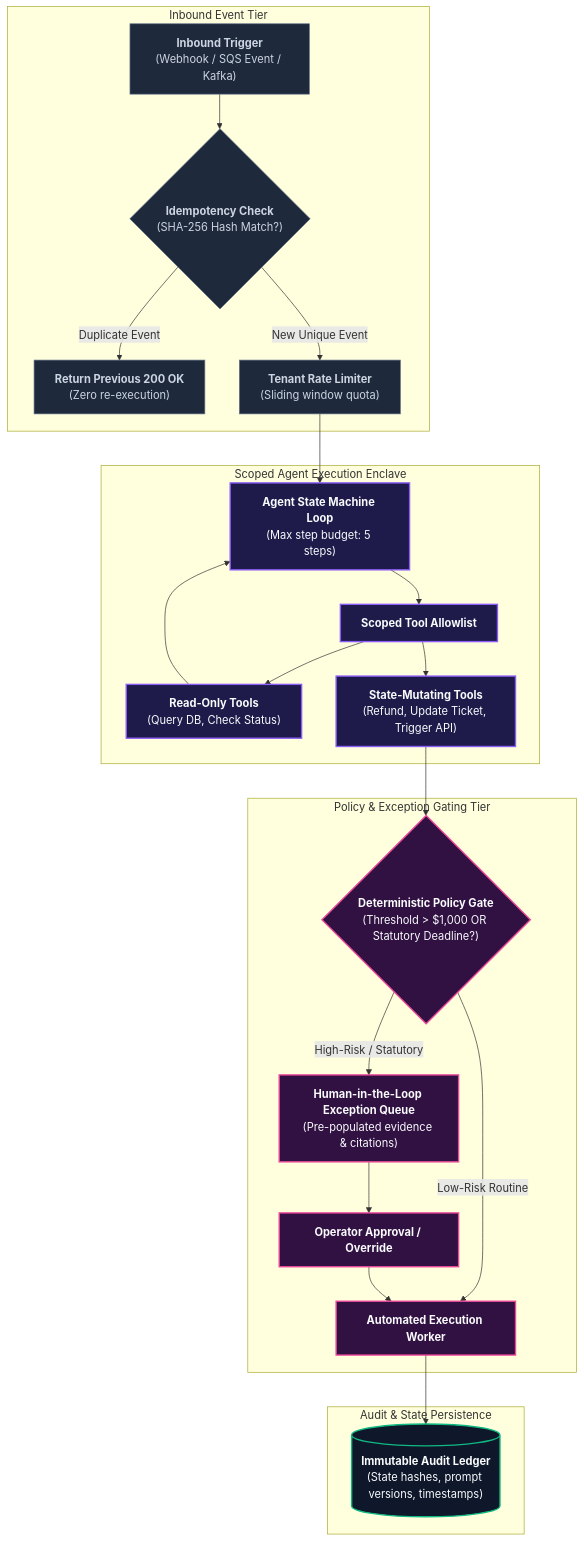
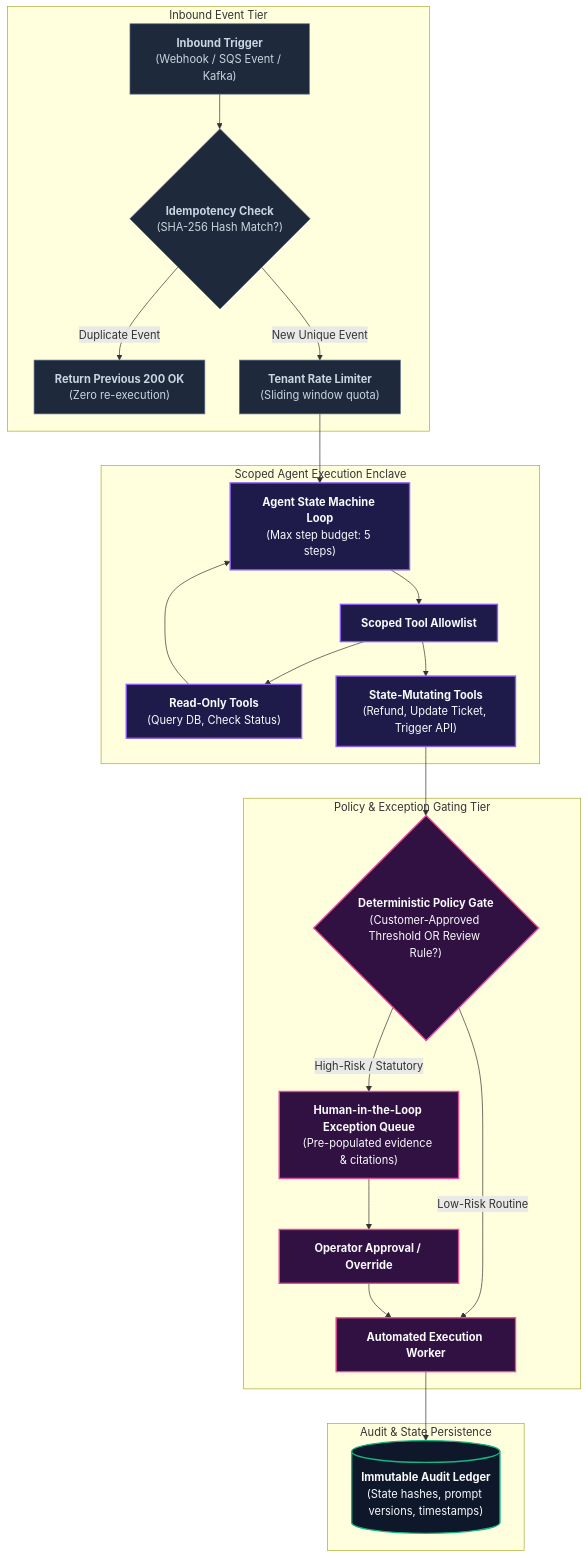
Before and after one commit to AdilShamim8/FDE-Field-Guide: the third of 4 diagrams in system-design/02-reference-architectures.md, drawn with Mermaid. The commit also changed other lines of this file, not shown here.

First line of the commit message:
docs(architecture): distinguish design recommendations from local evidence

````diff
--- a/system-design/02-reference-architectures.md
+++ b/system-design/02-reference-architectures.md
@@ -173,38 +175,38 @@
 ```mermaid
 graph TD
     subgraph Inbound Event Tier
         Trigger["<b>Inbound Trigger</b><br/>(Webhook / SQS Event / Kafka)"] --> IdempCheck{"<b>Idempotency Check</b><br/>(SHA-256 Hash Match?)"}
         IdempCheck -->|Duplicate Event| ReturnCached["<b>Return Previous 200 OK</b><br/>(Zero re-execution)"]
         IdempCheck -->|New Unique Event| RateGate["<b>Tenant Rate Limiter</b><br/>(Sliding window quota)"]
     end
 
     subgraph Scoped Agent Execution Enclave
         RateGate --> AgentLoop["<b>Agent State Machine Loop</b><br/>(Max step budget: 5 steps)"]
         AgentLoop --> ToolRegistry["<b>Scoped Tool Allowlist</b>"]
         ToolRegistry --> ReadTool["<b>Read-Only Tools</b><br/>(Query DB, Check Status)"]
         ToolRegistry --> WriteTool["<b>State-Mutating Tools</b><br/>(Refund, Update Ticket, Trigger API)"]
         ReadTool --> AgentLoop
     end
 
     subgraph Policy & Exception Gating Tier
-        WriteTool --> PolicyGate{"<b>Deterministic Policy Gate</b><br/>(Threshold > $1,000 OR Statutory Deadline?)"}
+        WriteTool --> PolicyGate{"<b>Deterministic Policy Gate</b><br/>(Customer-Approved Threshold OR Review Rule?)"}
         PolicyGate -->|Low-Risk Routine| AutoExecute["<b>Automated Execution Worker</b>"]
         PolicyGate -->|High-Risk / Statutory| HumanQueue["<b>Human-in-the-Loop Exception Queue</b><br/>(Pre-populated evidence & citations)"]
         HumanQueue --> OperatorReview["<b>Operator Approval / Override</b>"]
         OperatorReview --> AutoExecute
     end
 
     subgraph Audit & State Persistence
         AutoExecute --> AuditLog[("<b>Immutable Audit Ledger</b><br/>(State hashes, prompt versions, timestamps)")]
     end
 
     classDef event fill:#1e293b,stroke:#64748b,stroke-width:1px,color:#cbd5e1;
     classDef agent fill:#1e1b4b,stroke:#8b5cf6,stroke-width:2px,color:#f8fafc;
     classDef gate fill:#311042,stroke:#ec4899,stroke-width:2px,color:#f8fafc;
     classDef audit fill:#0f172a,stroke:#10b981,stroke-width:2px,color:#f8fafc;
 
     class Trigger,IdempCheck,ReturnCached,RateGate event;
     class AgentLoop,ToolRegistry,ReadTool,WriteTool agent;
     class PolicyGate,AutoExecute,HumanQueue,OperatorReview gate;
     class AuditLog audit;
 ```
````
